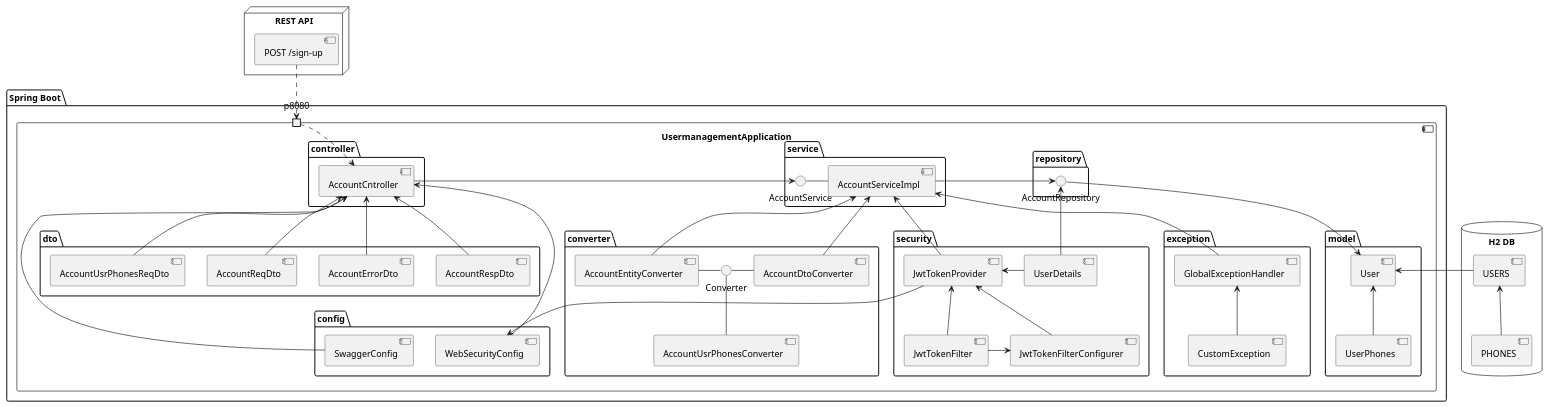
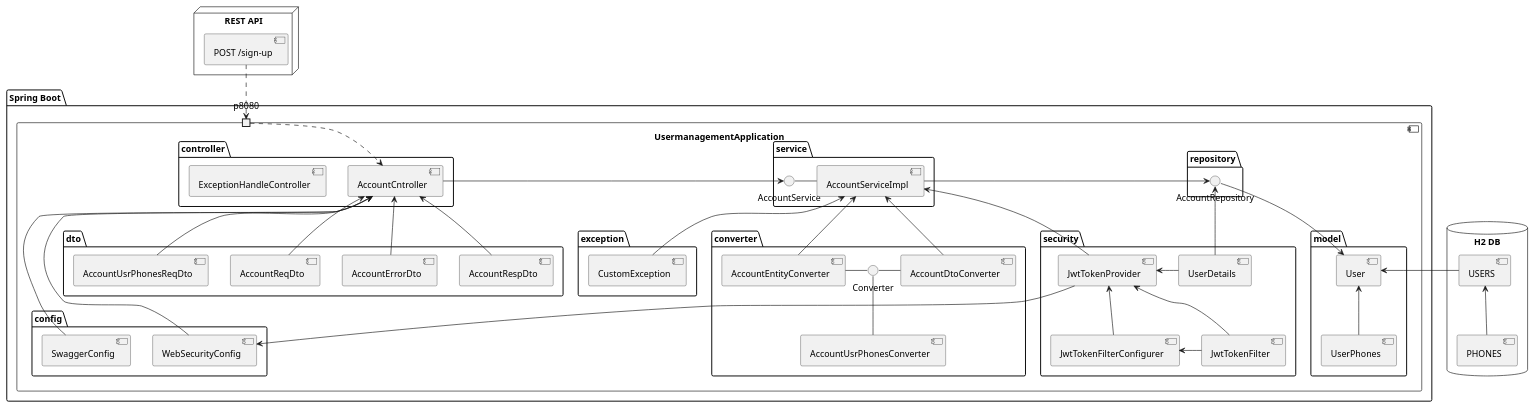
Before and after one commit to albarelloshernan/ms-usermanagement-util: the diagram in diagrams/markdown/Diagrama de Componentes UML2.md, drawn with PlantUML. The commit also changed 1 other file, not shown here.

Commit message:
diagram minor update

```diff
--- a/diagrams/markdown/Diagrama de Componentes UML2.md
+++ b/diagrams/markdown/Diagrama de Componentes UML2.md
@@ -25,7 +25,7 @@
 		}
 
 		folder "exception" {
-			[GlobalExceptionHandler] <-down- [CustomException]
+			[CustomException]
 		}
 
 		folder "service" {
@@ -50,6 +50,7 @@
 		folder "controller" {
 			interface "AccountService" AS ACS
 			[AccountCntroller] -right-> ACS
+			[ExceptionHandleController]
 		}
 		
 		folder "config" {
@@ -86,7 +87,7 @@
 [AccountServiceImpl] <-down- [JwtTokenProvider]
 [AccountServiceImpl] <-down- [AccountDtoConverter]
 [AccountServiceImpl] <-down- [AccountEntityConverter]
-[AccountServiceImpl] <-down- [GlobalExceptionHandler]
+[AccountServiceImpl] <-down- [CustomException]
 [AccountServiceImpl] -left-> AccountRepository
 
 AccountRepository -down-> [User]
```
